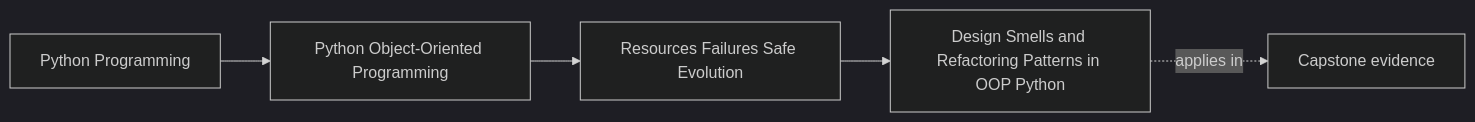
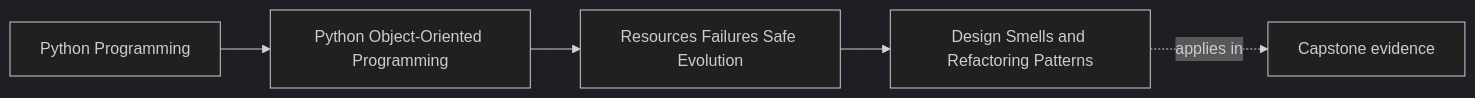
The first of 2 diagrams in programs/python-programming/python-object-oriented-programming/course-book/module-05-resources-failures-safe-evolution/design-smells-and-refactoring-patterns.md (bijux/bijux-masterclass), drawn with Mermaid (dark theme) before and after one commit. The commit also changed other lines of this file, not shown here.

Commit message:
docs(oop): connect smell reading to ownership moves

````diff
--- a/programs/python-programming/python-object-oriented-programming/course-book/module-05-resources-failures-safe-evolution/design-smells-and-refactoring-patterns.md
+++ b/programs/python-programming/python-object-oriented-programming/course-book/module-05-resources-failures-safe-evolution/design-smells-and-refactoring-patterns.md
@@ -7,11 +6,11 @@
 ```mermaid
 graph LR
   family["Python Programming"]
   program["Python Object-Oriented Programming"]
   section["Resources Failures Safe Evolution"]
-  page["Design Smells and Refactoring Patterns in OOP Python"]
+  page["Design Smells and Refactoring Patterns"]
   capstone["Capstone evidence"]
 
   family --> program --> section --> page
   page -.applies in.-> capstone
 ```
````
